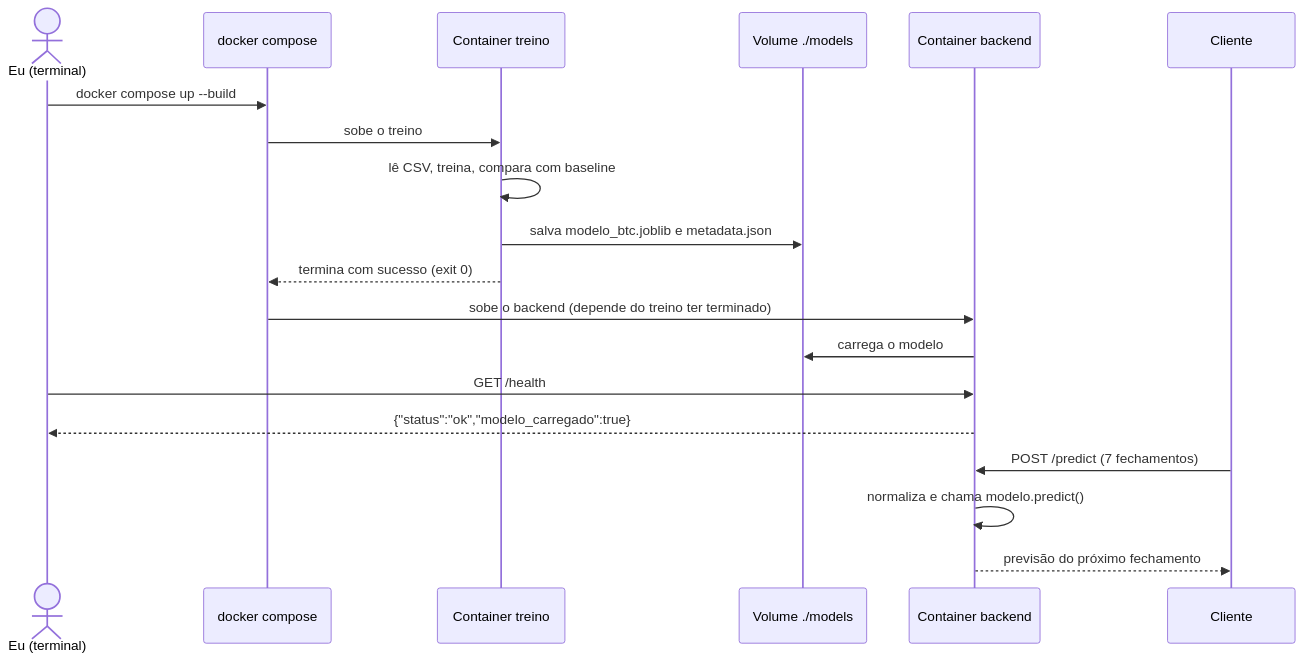
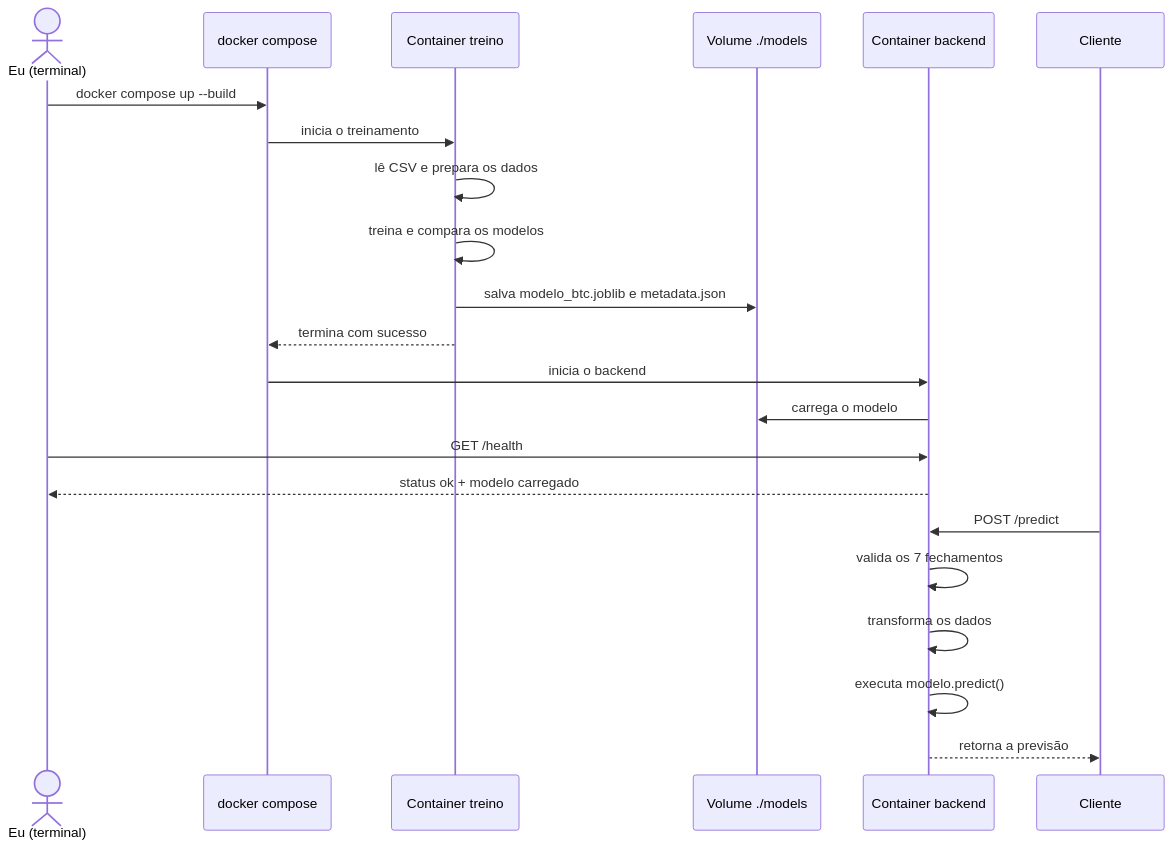
The second of 2 diagrams in README.md (IsabelMontenegro01/ponderada-m7-moeda), drawn with Mermaid before and after one commit. The commit also changed other lines of this file, not shown here.

````diff
--- a/README.md
+++ b/README.md
@@ -105,22 +123,26 @@
 ```mermaid
 sequenceDiagram
+
     actor U as Eu (terminal)
     participant C as docker compose
     participant T as Container treino
     participant V as Volume ./models
     participant B as Container backend
     participant K as Cliente
 
     U->>C: docker compose up --build
-    C->>T: sobe o treino
-    T->>T: lê CSV, treina, compara com baseline
+    C->>T: inicia o treinamento
+    T->>T: lê CSV e prepara os dados
+    T->>T: treina e compara os modelos
     T->>V: salva modelo_btc.joblib e metadata.json
-    T-->>C: termina com sucesso (exit 0)
-    C->>B: sobe o backend (depende do treino ter terminado)
+    T-->>C: termina com sucesso
+    C->>B: inicia o backend
     B->>V: carrega o modelo
     U->>B: GET /health
-    B-->>U: {"status":"ok","modelo_carregado":true}
-    K->>B: POST /predict (7 fechamentos)
-    B->>B: normaliza e chama modelo.predict()
-    B-->>K: previsão do próximo fechamento
+    B-->>U: status ok + modelo carregado
+    K->>B: POST /predict
+    B->>B: valida os 7 fechamentos
+    B->>B: transforma os dados
+    B->>B: executa modelo.predict()
+    B-->>K: retorna a previsão
 ```
````
